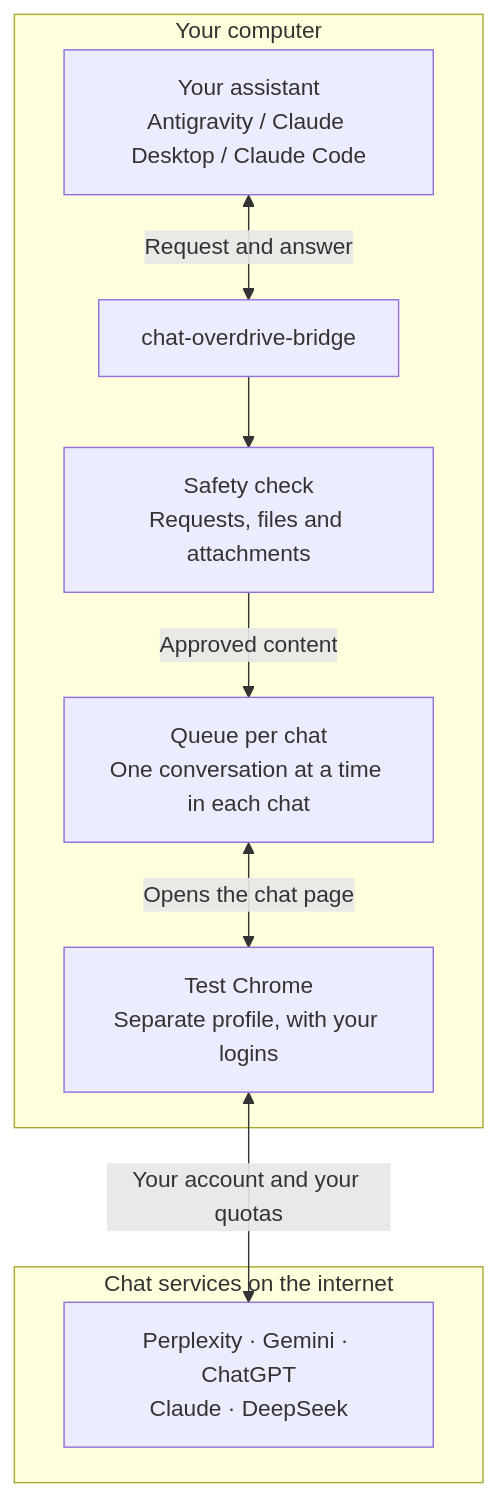
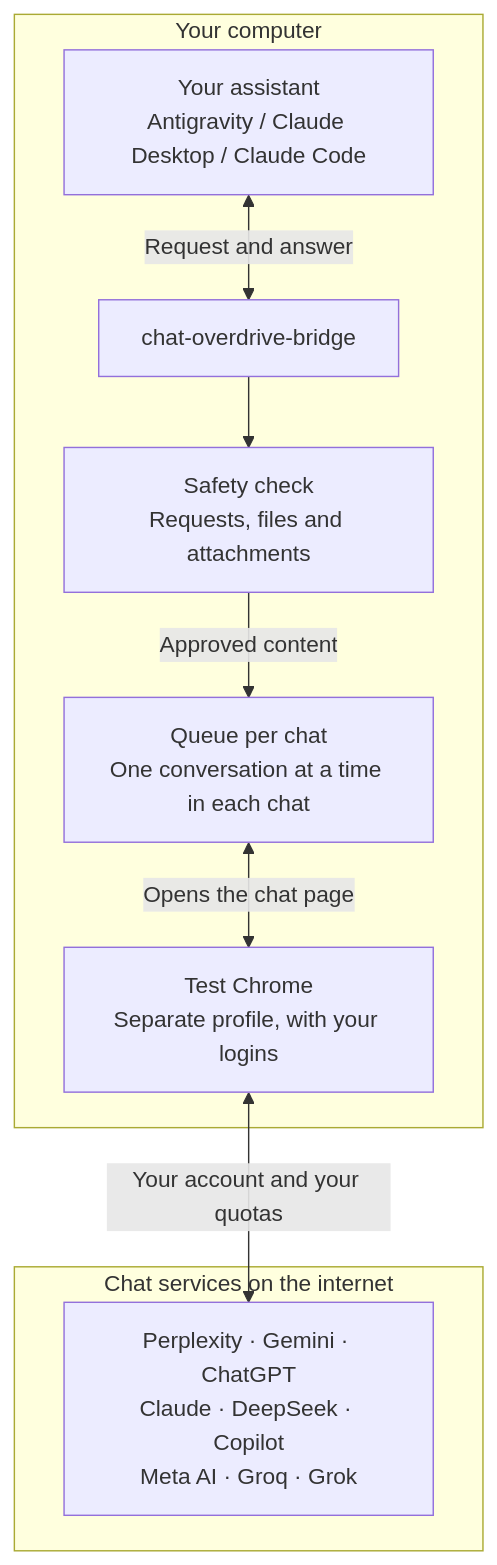
The third of 4 diagrams in README.md (samucamg/chat-bridge-overdrive), drawn with Mermaid before and after one commit. The commit also changed other lines of this file and 26 other files, not shown here.

Commit message:
Add Microsoft Copilot, Meta AI, Groq, and Grok drivers (9 providers, 15 MCP tools) and multi-IDE documentation

````diff
--- a/README.md
+++ b/README.md
@@ -628,21 +646,21 @@
 ```mermaid
 flowchart TD
     subgraph Local["Your computer"]
         Assistant["Your assistant<br/>Antigravity / Claude Desktop / Claude Code"]
         Bridge["chat-overdrive-bridge"]
         Safety["Safety check<br/>Requests, files and attachments"]
         Queue["Queue per chat<br/>One conversation at a time in each chat"]
         Chrome["Test Chrome<br/>Separate profile, with your logins"]
 
         Assistant <-->|"Request and answer"| Bridge
         Bridge --> Safety
         Safety -->|"Approved content"| Queue
         Queue <-->|"Opens the chat page"| Chrome
     end
 
     subgraph Remote["Chat services on the internet"]
-        Chats["Perplexity · Gemini · ChatGPT<br/>Claude · DeepSeek"]
+        Chats["Perplexity · Gemini · ChatGPT<br/>Claude · DeepSeek · Copilot<br/>Meta AI · Groq · Grok"]
     end
 
     Chrome <-->|"Your account and your quotas"| Chats
 ```
````
